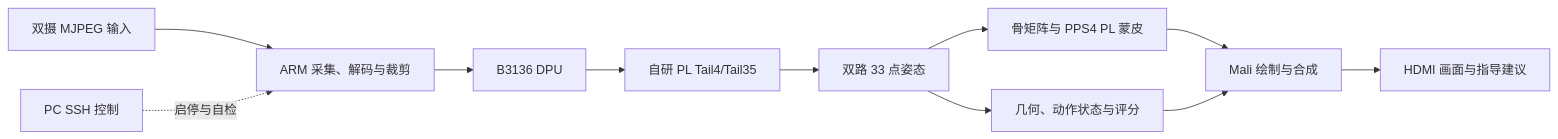
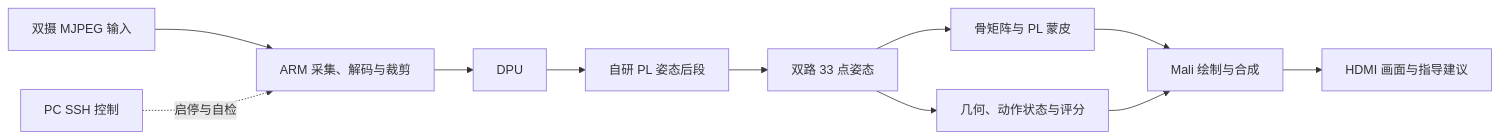
One commit to Westuniverse/twincoach changed the diagram in report/design.md. Above: the diagram before and after it, drawn with Mermaid. The commit also changed other lines of this file and 77 other files, not shown here.

````diff
--- a/report/design.md
+++ b/report/design.md
@@ -13,13 +13,13 @@
 ```mermaid
 flowchart LR
     A[双摄 MJPEG 输入] --> B[ARM 采集、解码与裁剪]
-    B --> C[B3136 DPU]
-    C --> D[自研 PL Tail4/Tail35]
+    B --> C[DPU]
+    C --> D[自研 PL 姿态后段]
     D --> E[双路 33 点姿态]
     E --> F[几何、动作状态与评分]
-    E --> G[骨矩阵与 PPS4 PL 蒙皮]
+    E --> G[骨矩阵与 PL 蒙皮]
     G --> H[Mali 绘制与合成]
     F --> H
     H --> I[HDMI 画面与指导建议]
     J[PC SSH 控制] -.启停与自检.-> B
 ```
````
